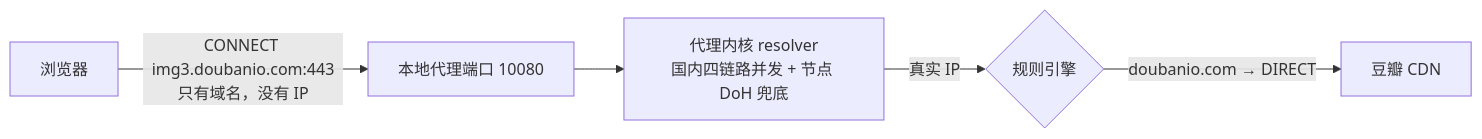
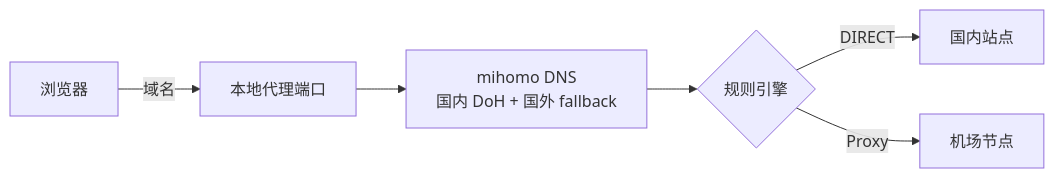
One commit to puppylpg/puppylpg.github.io changed the second of 3 diagrams in _posts/2026-08-09-tun-proxy-dns-chain.md. Above: the diagram before and after it, drawn with Mermaid. The commit also changed other lines of this file and 1 other file, not shown here.

Commit message:
完善 TUN 代理与 VPN 的 DNS 共存方案

````diff
--- a/_posts/2026-08-09-tun-proxy-dns-chain.md
+++ b/_posts/2026-08-09-tun-proxy-dns-chain.md
@@ -160,7 +178,8 @@
 ```mermaid
 flowchart LR
-    B["浏览器"] -->|"CONNECT img3.doubanio.com:443<br>只有域名，没有 IP"| L["本地代理端口 10080"]
-    L --> R["代理内核 resolver<br>国内四链路并发 + 节点 DoH 兜底"]
-    R -->|"真实 IP"| D{"规则引擎"}
-    D -->|"doubanio.com → DIRECT"| S["豆瓣 CDN"]
+    B["浏览器"] -->|"域名"| L["本地代理端口"]
+    L --> R["mihomo DNS<br>国内 DoH + 国外 fallback"]
+    R --> D{"规则引擎"}
+    D -->|"DIRECT"| S["国内站点"]
+    D -->|"Proxy"| P["机场节点"]
 ```
````
